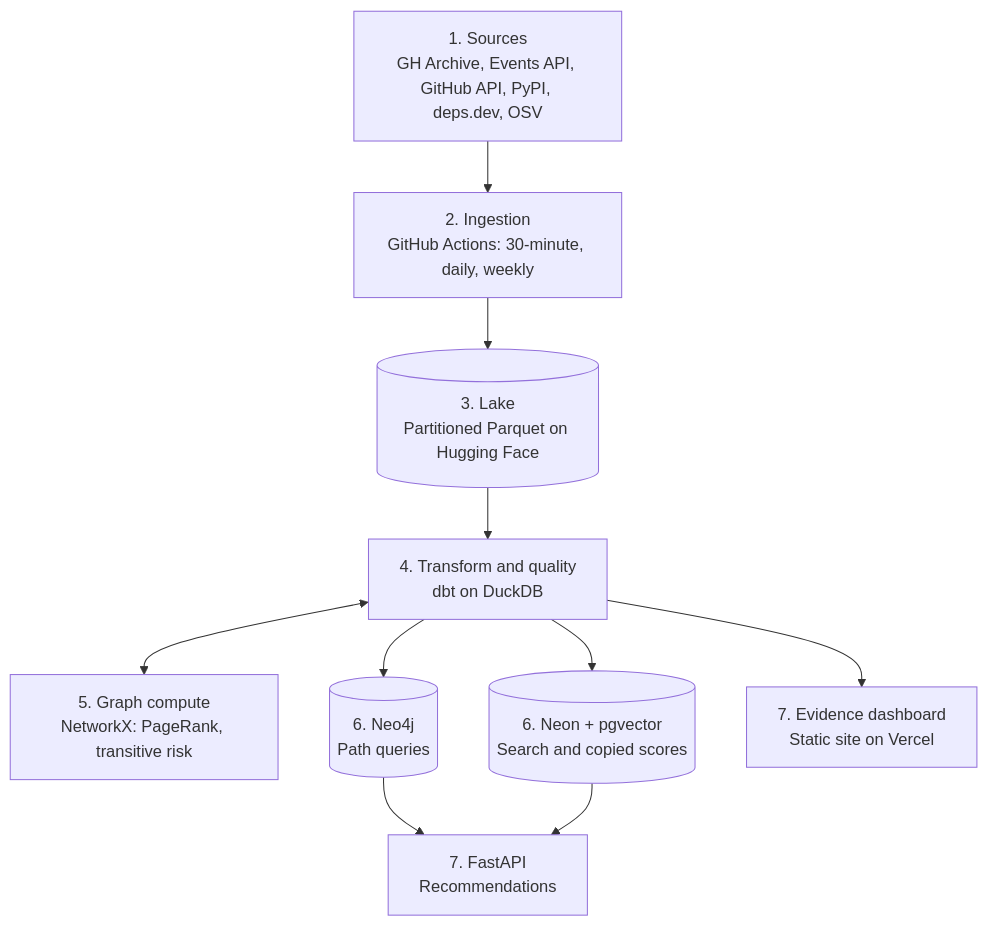
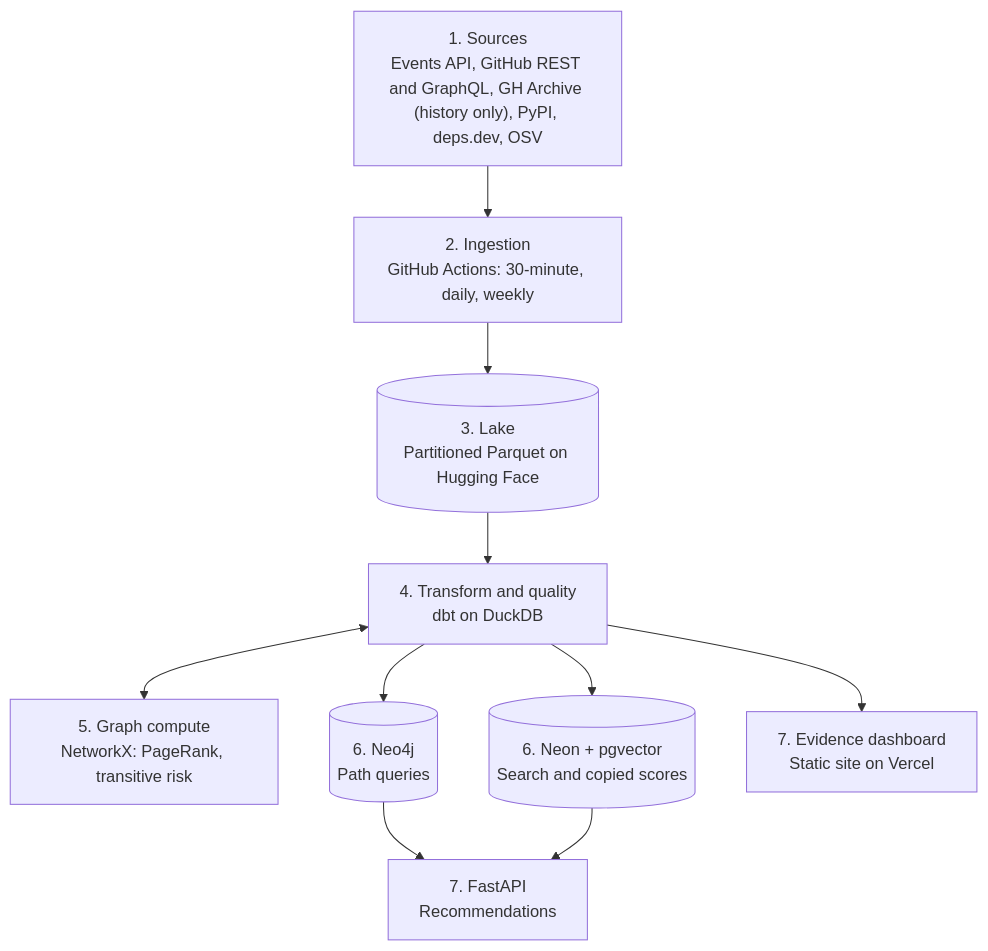
Before and after one commit to dhatrineerja/faultline-oss: the diagram in PLAN.md, drawn with Mermaid. The commit also changed other lines of this file and 4 other files, not shown here.

````diff
--- a/PLAN.md
+++ b/PLAN.md
@@ -193,20 +193,20 @@
 ```mermaid
 flowchart TD
-    S["1. Sources<br/>GH Archive, Events API, GitHub API, PyPI, deps.dev, OSV"]
+    S["1. Sources<br/>Events API, GitHub REST and GraphQL, GH Archive (history only), PyPI, deps.dev, OSV"]
     I["2. Ingestion<br/>GitHub Actions: 30-minute, daily, weekly"]
     L[("3. Lake<br/>Partitioned Parquet on Hugging Face")]
     T["4. Transform and quality<br/>dbt on DuckDB"]
     G["5. Graph compute<br/>NetworkX: PageRank, transitive risk"]
     N[("6. Neo4j<br/>Path queries")]
     P[("6. Neon + pgvector<br/>Search and copied scores")]
     A["7. FastAPI<br/>Recommendations"]
     D["7. Evidence dashboard<br/>Static site on Vercel"]
 
     S --> I --> L --> T
     T <--> G
     T --> N
     T --> P
     T --> D
     N --> A
     P --> A
 ```
````
